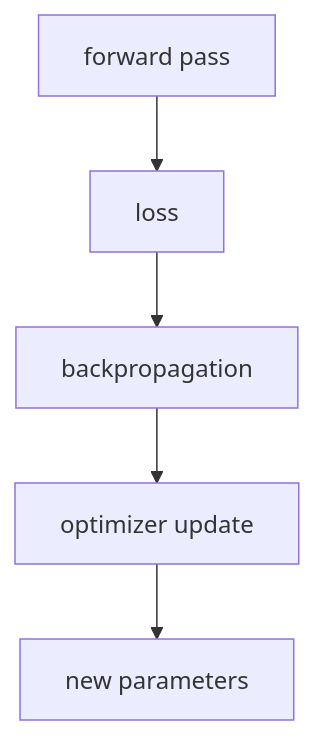
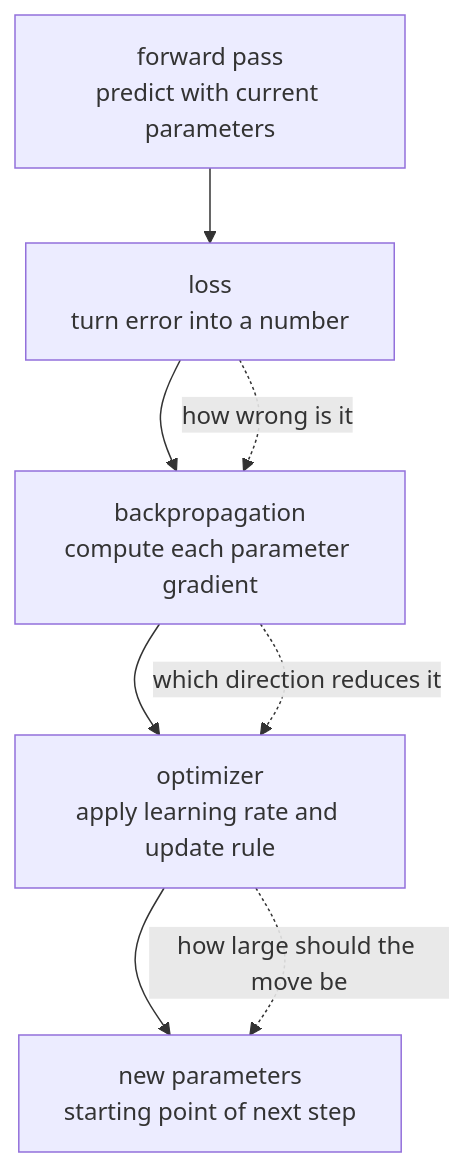
One commit to devchan64/AiBook changed the diagram in docs/assets/part-05/chapter-07/optimizer-loop-flow-en.mmd. Above: the diagram before and after it, drawn with Mermaid. The commit also changed 130 other files, not shown here.

Commit message:
Refine part 5 charts and terminology

```diff
--- a/docs/assets/part-05/chapter-07/optimizer-loop-flow-en.mmd
+++ b/docs/assets/part-05/chapter-07/optimizer-loop-flow-en.mmd
@@ -1,11 +1,15 @@
 flowchart TD
-  A["forward pass"]
-  B["loss"]
-  C["backpropagation"]
-  D["optimizer update"]
-  E["new parameters"]
+  A["forward pass<br/>predict with current parameters"]
+  B["loss<br/>turn error into a number"]
+  C["backpropagation<br/>compute each parameter gradient"]
+  D["optimizer<br/>apply learning rate and update rule"]
+  E["new parameters<br/>starting point of next step"]
 
   A --> B
   B --> C
   C --> D
   D --> E
+
+  B -. "how wrong is it" .-> C
+  C -. "which direction reduces it" .-> D
+  D -. "how large should the move be" .-> E
```
